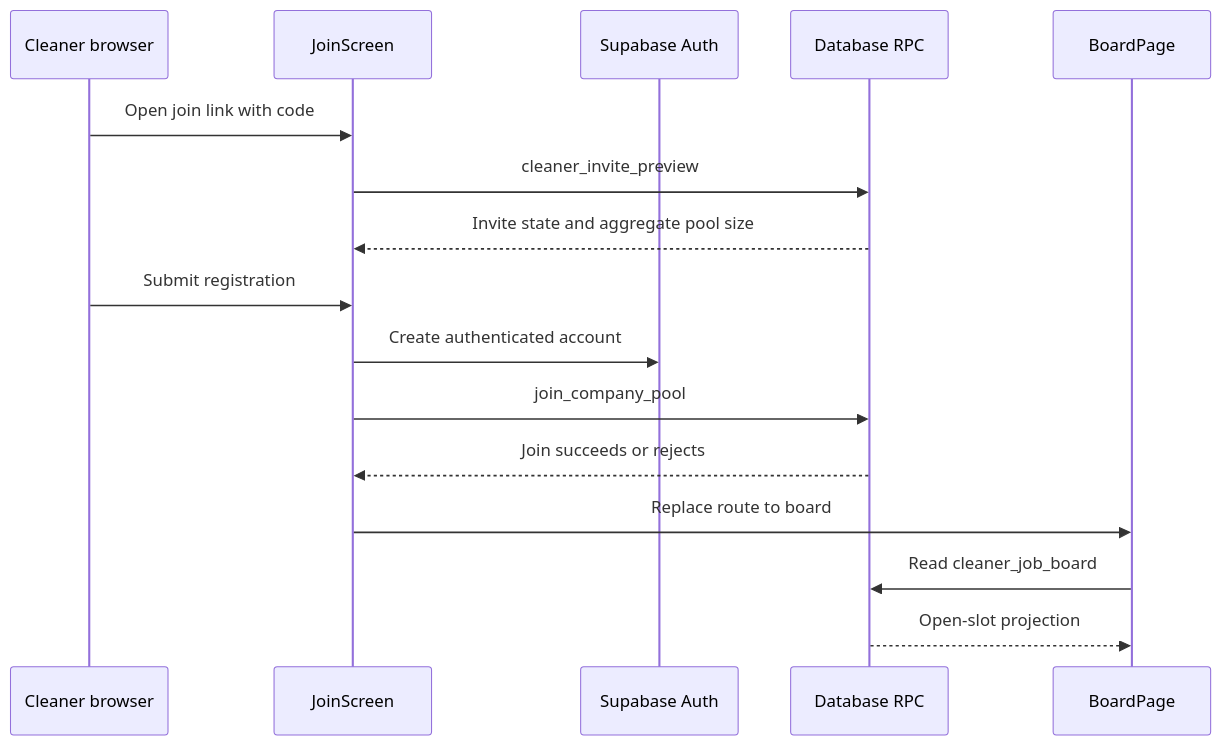
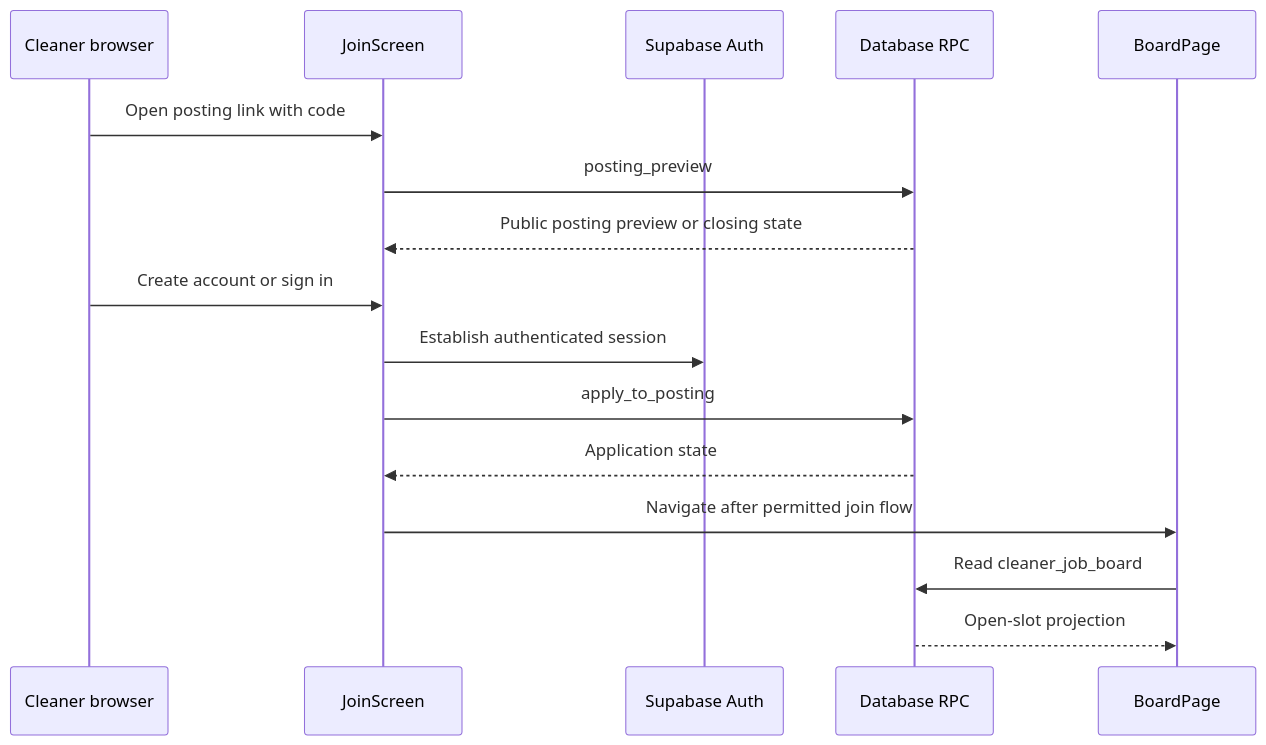
The first of 2 diagrams in openwiki/workflows/cleaner-app.md (lspinheiro/clean_app_crm), drawn with Mermaid before and after one commit. The commit also changed other lines of this file and 11 other files, not shown here.

````diff
--- a/openwiki/workflows/cleaner-app.md
+++ b/openwiki/workflows/cleaner-app.md
@@ -22,18 +22,18 @@
 ```mermaid
 sequenceDiagram
     participant C as Cleaner browser
     participant J as JoinScreen
     participant S as Supabase Auth
     participant R as Database RPC
     participant B as BoardPage
-    C->>J: Open join link with code
-    J->>R: cleaner_invite_preview
-    R-->>J: Invite state and aggregate pool size
-    C->>J: Submit registration
-    J->>S: Create authenticated account
-    J->>R: join_company_pool
-    R-->>J: Join succeeds or rejects
-    J->>B: Replace route to board
+    C->>J: Open posting link with code
+    J->>R: posting_preview
+    R-->>J: Public posting preview or closing state
+    C->>J: Create account or sign in
+    J->>S: Establish authenticated session
+    J->>R: apply_to_posting
+    R-->>J: Application state
+    J->>B: Navigate after permitted join flow
     B->>R: Read cleaner_job_board
     R-->>B: Open-slot projection
 ```
````
